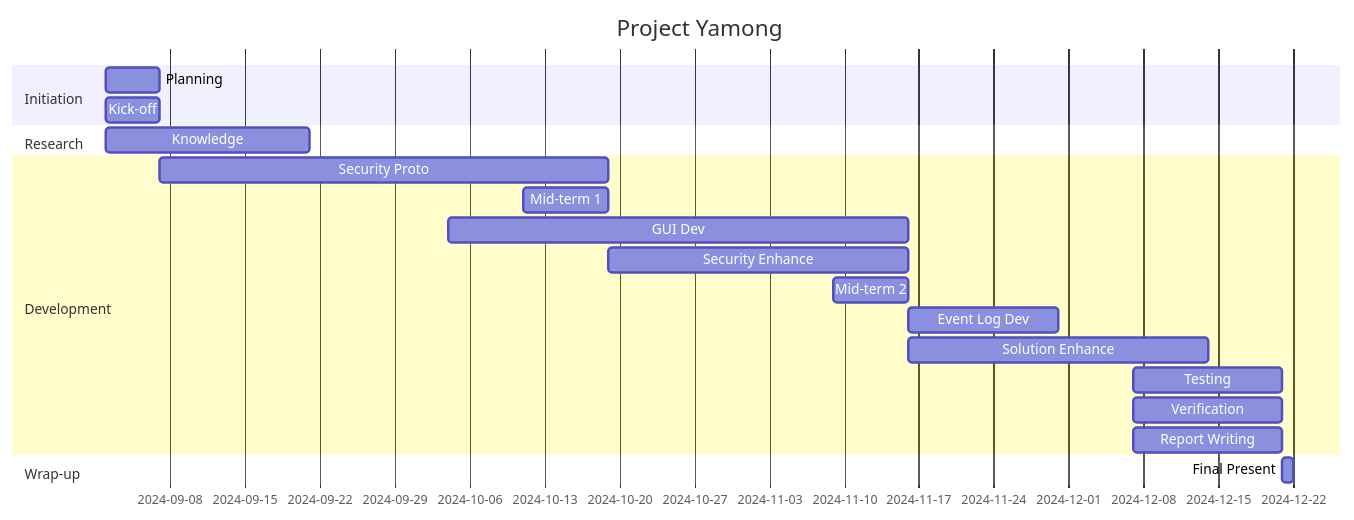
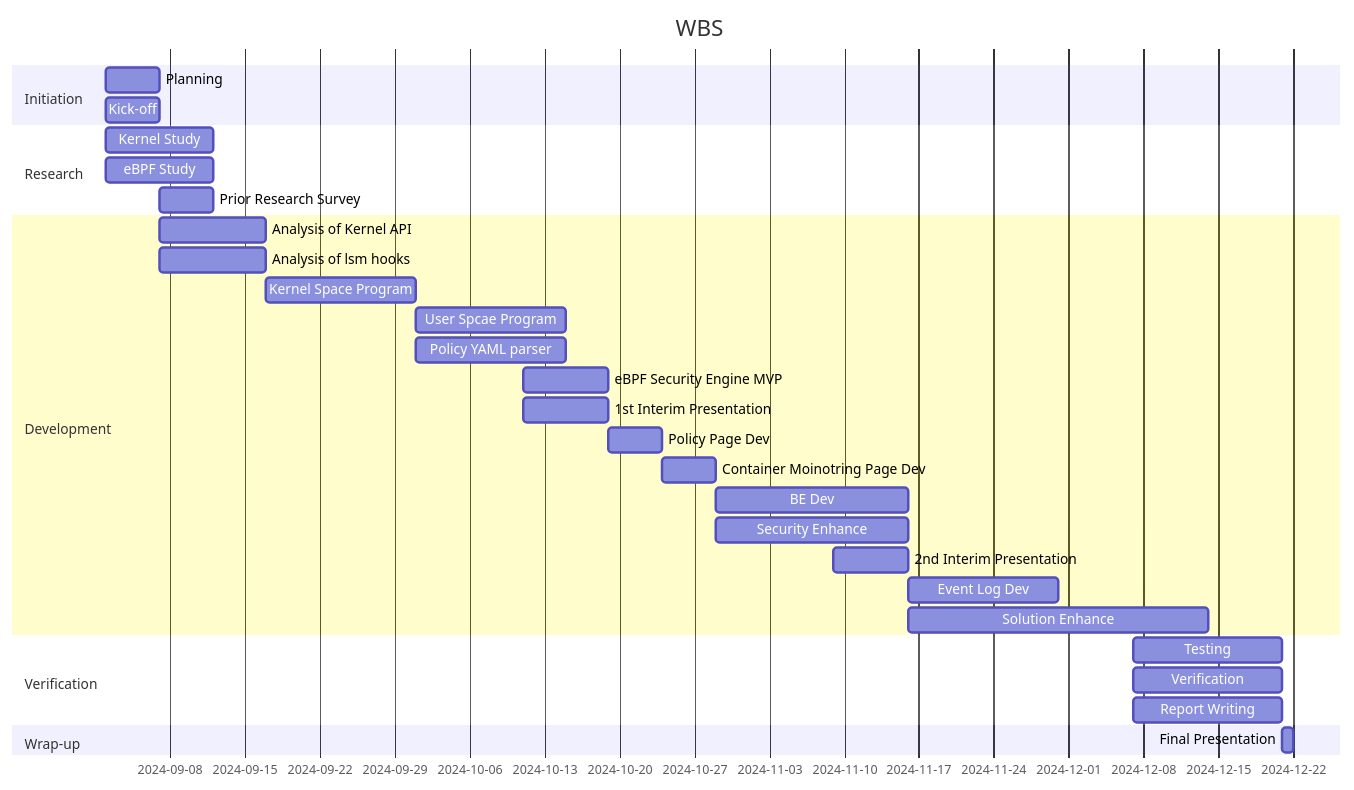
Before and after one commit to bob-yamong/.github: the diagram in profile/README.md, drawn with Mermaid.

Commit message:
Update WBS

````diff
--- a/profile/README.md
+++ b/profile/README.md
@@ -10,28 +10,39 @@
 ```mermaid
 gantt
-    title Project Yamong
+    title WBS
     dateFormat YYYY-MM-DD
     todayMarker off
 
     section Initiation
     Planning         :2024-09-02, 5d
     Kick-off         :2024-09-02, 5d
 
     section Research
-    Knowledge        :2024-09-02, 19d
+    Kernel Study        :2024-09-02, 10d
+    eBPF Study          :2024-09-02, 10d
+    Prior Research Survey :2024-09-07, 5d
 
     section Development
-    Security Proto   :2024-09-07, 42d
-    Mid-term 1       :2024-10-11, 8d
-    GUI Dev          :2024-10-04, 43d
-    Security Enhance :2024-10-19, 28d
-    Mid-term 2       :2024-11-09, 7d
+    Analysis of Kernel API     :2024-09-07, 10d
+    Analysis of lsm hooks      :2024-09-07, 10d
+    Kernel Space Program       :2024-09-17, 14d
+    User Spcae Program         :2024-09-31, 14d
+    Policy YAML parser         :2024-09-31, 14d
+    eBPF Security Engine MVP   :2024-10-11, 8d
+    1st Interim Presentation       :2024-10-11, 8d
+    Policy Page Dev :2024-10-19, 5d
+    Container Moinotring Page Dev :2024-10-24, 5d
+    BE Dev           :2024-10-29, 18d 
+    Security Enhance :2024-10-29, 18d
+    2nd Interim Presentation       :2024-11-09, 7d
     Event Log Dev    :2024-11-16, 14d
     Solution Enhance :2024-11-16, 28d
+
+    section Verification
     Testing          :2024-12-07, 14d
     Verification     :2024-12-07, 14d
     Report Writing   :2024-12-07, 14d
 
     section Wrap-up
-    Final Present    :2024-12-21, 1d
+    Final Presentation    :2024-12-21, 1d
 ```
````
